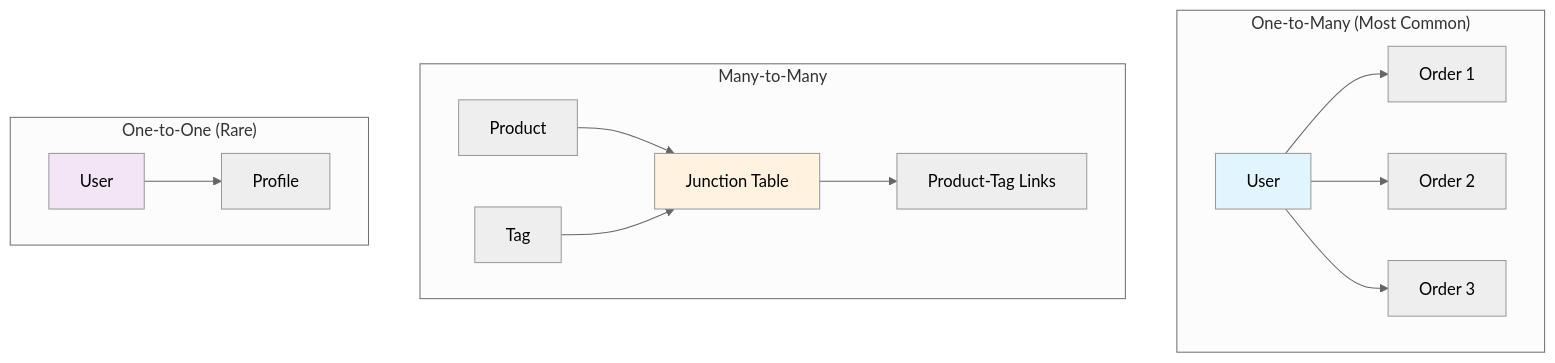
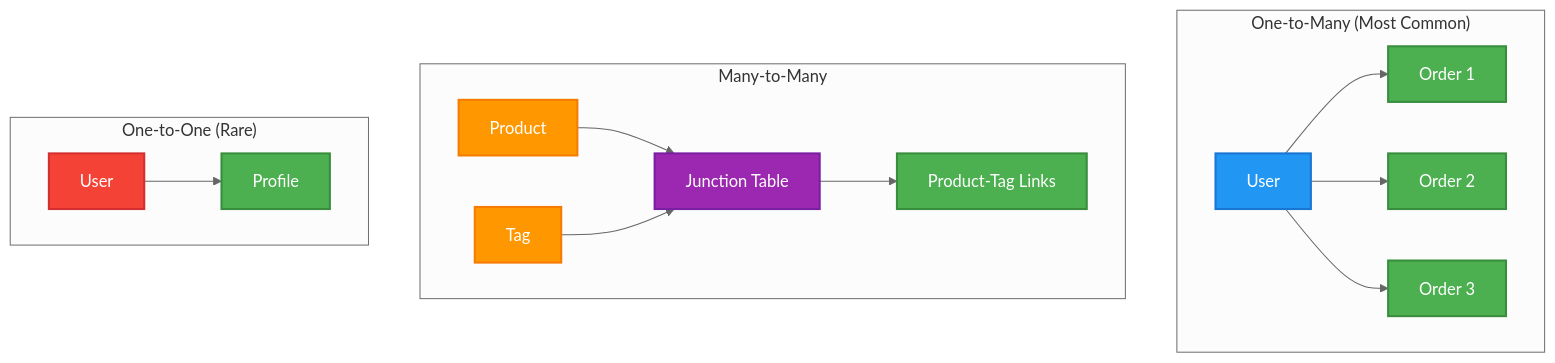
The diagram in sql-module/presentations/Module_2_Presentation.md (Simmy-Capitec/CapitecFramework), drawn with Mermaid (neutral theme) before and after one commit. The commit also changed 2 other files, not shown here.

Commit message:
sorry for using your repo simi

````diff
--- a/sql-module/presentations/Module_2_Presentation.md
+++ b/sql-module/presentations/Module_2_Presentation.md
@@ -23,22 +23,29 @@
 ```mermaid
 graph TD
     subgraph "One-to-Many (Most Common)"
         A1[User] --> A2[Order 1]
         A1 --> A3[Order 2]
         A1 --> A4[Order 3]
     end
     
     subgraph "Many-to-Many"
         B1[Product] --> B3[Junction Table]
         B2[Tag] --> B3
         B3 --> B4[Product-Tag Links]
     end
     
     subgraph "One-to-One (Rare)"
         C1[User] --> C2[Profile]
     end
     
-    style A1 fill:#e1f5fe
-    style B3 fill:#fff3e0
-    style C1 fill:#f3e5f5
+    style A1 fill:#2196F3,stroke:#1976D2,stroke-width:2px,color:#fff
+    style A2 fill:#4CAF50,stroke:#388E3C,stroke-width:2px,color:#fff
+    style A3 fill:#4CAF50,stroke:#388E3C,stroke-width:2px,color:#fff
+    style A4 fill:#4CAF50,stroke:#388E3C,stroke-width:2px,color:#fff
+    style B1 fill:#FF9800,stroke:#F57C00,stroke-width:2px,color:#fff
+    style B2 fill:#FF9800,stroke:#F57C00,stroke-width:2px,color:#fff
+    style B3 fill:#9C27B0,stroke:#7B1FA2,stroke-width:2px,color:#fff
+    style B4 fill:#4CAF50,stroke:#388E3C,stroke-width:2px,color:#fff
+    style C1 fill:#F44336,stroke:#D32F2F,stroke-width:2px,color:#fff
+    style C2 fill:#4CAF50,stroke:#388E3C,stroke-width:2px,color:#fff
 ```
````
